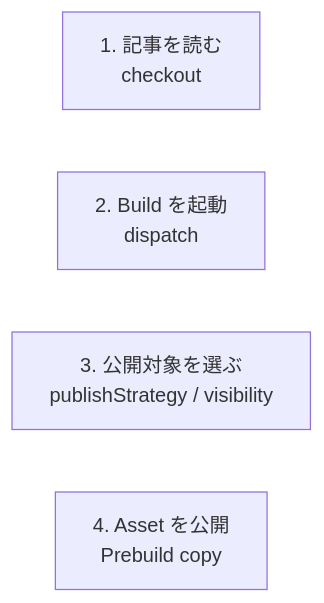
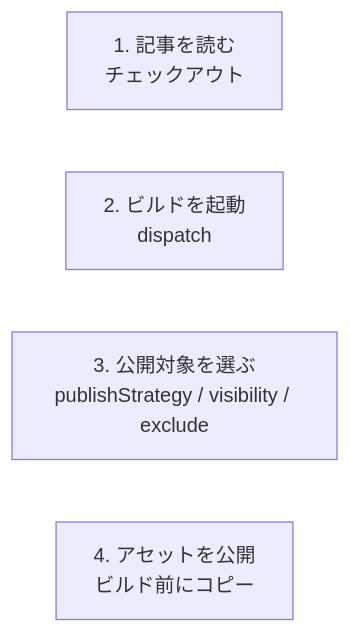
One commit to Rerurate514/riebeckite changed the tenth of 10 diagrams in docs/docs/guides/content-repositories.ja.md. Above: the diagram before and after it, drawn with Mermaid. The commit also changed other lines of this file and 310 other files, not shown here.

````diff
--- a/docs/docs/guides/content-repositories.ja.md
+++ b/docs/docs/guides/content-repositories.ja.md
@@ -580,7 +580,7 @@
 ```mermaid
 flowchart LR
-    Read["1. 記事を読む<br/>checkout"]
-    Trigger["2. Build を起動<br/>dispatch"]
-    Publish["3. 公開対象を選ぶ<br/>publishStrategy / visibility"]
-    Assets["4. Asset を公開<br/>Prebuild copy"]
+    Read["1. 記事を読む<br/>チェックアウト"]
+    Trigger["2. ビルドを起動<br/>dispatch"]
+    Publish["3. 公開対象を選ぶ<br/>publishStrategy / visibility / exclude"]
+    Assets["4. アセットを公開<br/>ビルド前にコピー"]
 ```
````
